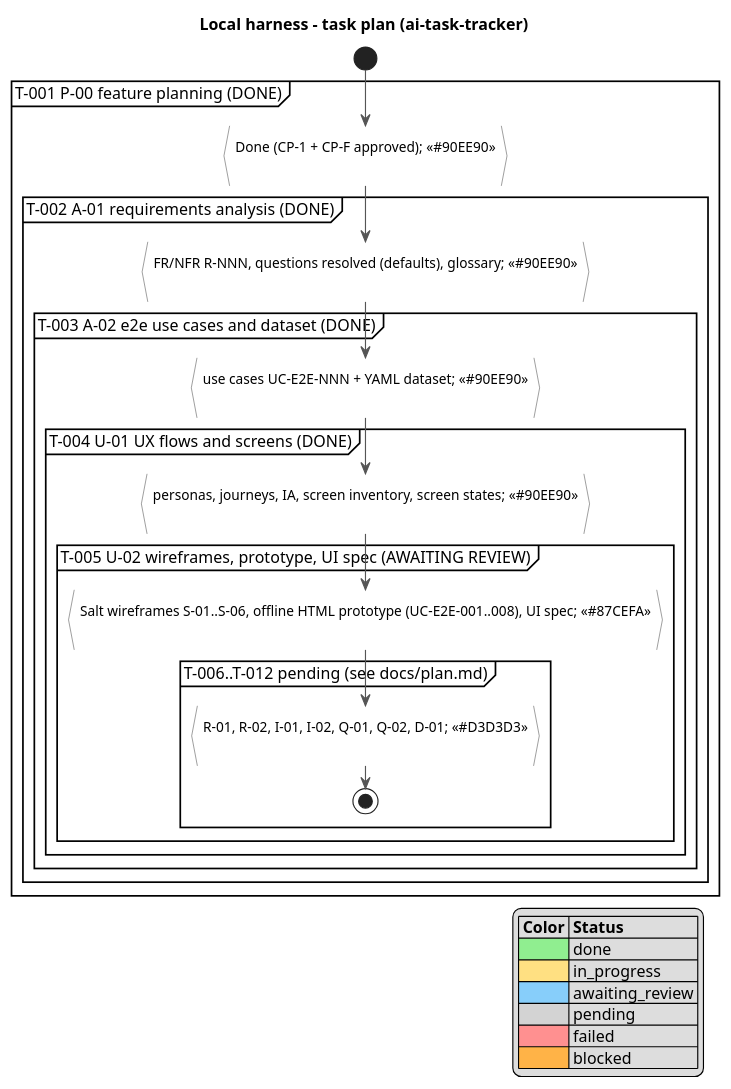
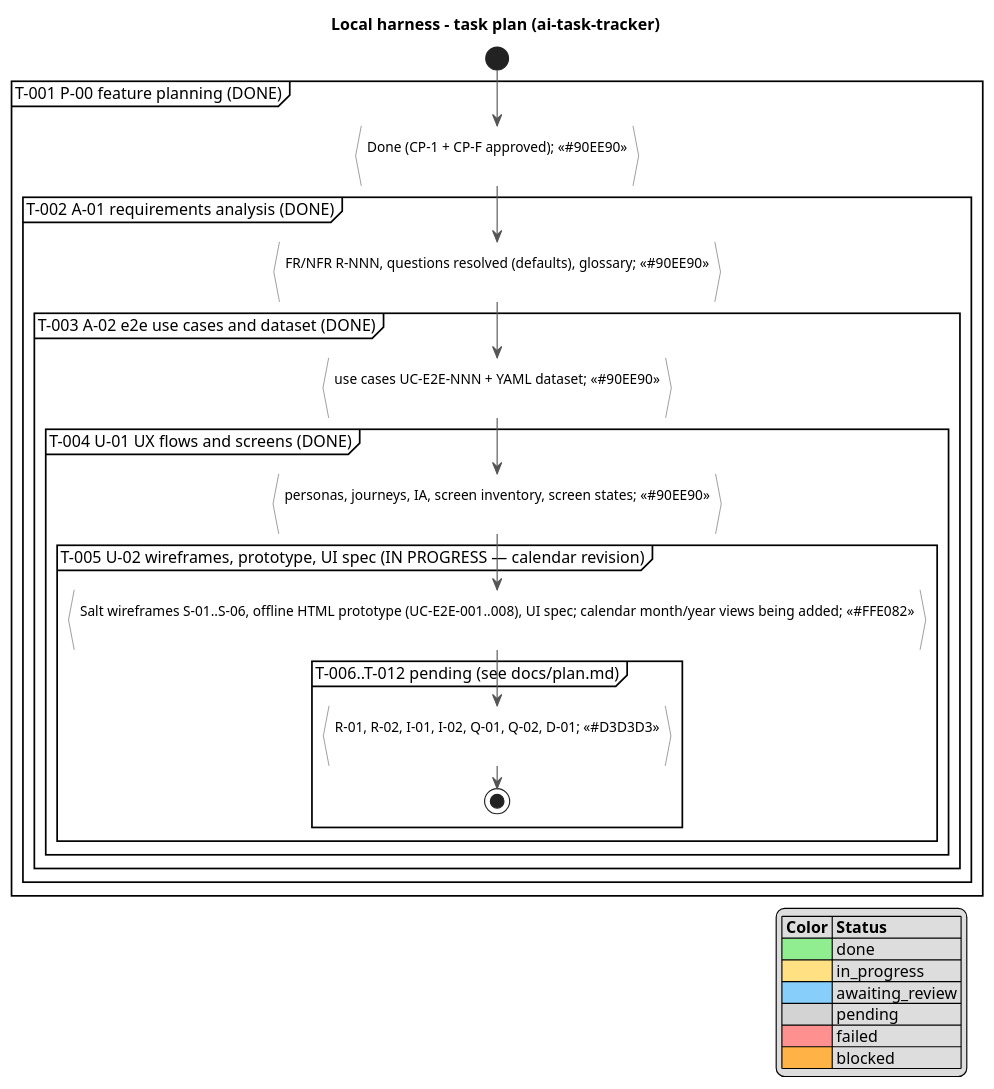
Before and after one commit to serge-sasov/ai-task-tracker: the diagram in docs/activity.puml, drawn with PlantUML. The commit also changed 4 other files, not shown here.

Commit message:
T-005: CP-F changes requested (calendar month/year views); return to in_progress

```diff
--- a/docs/activity.puml
+++ b/docs/activity.puml
@@ -1,38 +1,38 @@
 @startuml
 skinparam defaultFontName Segoe UI
 skinparam ActivityBackgroundColor #FFFFFF
 skinparam ActivityBorderColor #555555
 skinparam ArrowColor #555555
 title Local harness - task plan (ai-task-tracker)
 
 start
 partition "T-001 P-00 feature planning (DONE)" {
   :Done (CP-1 + CP-F approved); <<#90EE90>>
 }
 partition "T-002 A-01 requirements analysis (DONE)" {
   :FR/NFR R-NNN, questions resolved (defaults), glossary; <<#90EE90>>
 }
 partition "T-003 A-02 e2e use cases and dataset (DONE)" {
   :use cases UC-E2E-NNN + YAML dataset; <<#90EE90>>
 }
 partition "T-004 U-01 UX flows and screens (DONE)" {
   :personas, journeys, IA, screen inventory, screen states; <<#90EE90>>
 }
-partition "T-005 U-02 wireframes, prototype, UI spec (AWAITING REVIEW)" {
-  :Salt wireframes S-01..S-06, offline HTML prototype (UC-E2E-001..008), UI spec; <<#87CEFA>>
+partition "T-005 U-02 wireframes, prototype, UI spec (IN PROGRESS — calendar revision)" {
+  :Salt wireframes S-01..S-06, offline HTML prototype (UC-E2E-001..008), UI spec; calendar month/year views being added; <<#FFE082>>
 }
 partition "T-006..T-012 pending (see docs/plan.md)" {
   :R-01, R-02, I-01, I-02, Q-01, Q-02, D-01; <<#D3D3D3>>
 }
 stop
 
 legend right
  |= Color |= Status |
  |<#90EE90>| done |
  |<#FFE082>| in_progress |
  |<#87CEFA>| awaiting_review |
  |<#D3D3D3>| pending |
  |<#FF9090>| failed |
  |<#FFB347>| blocked |
 endlegend
 @enduml
```
